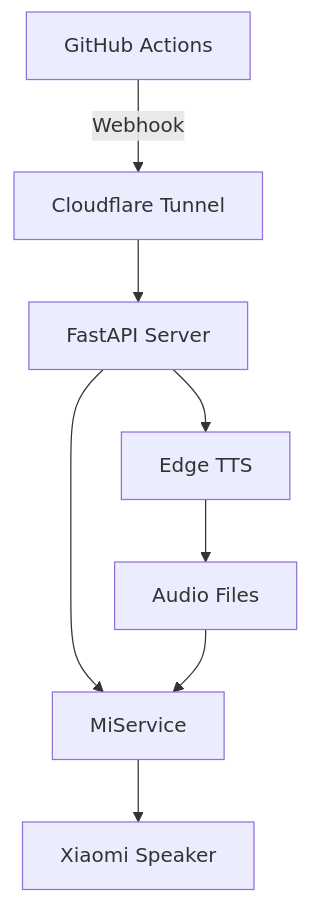
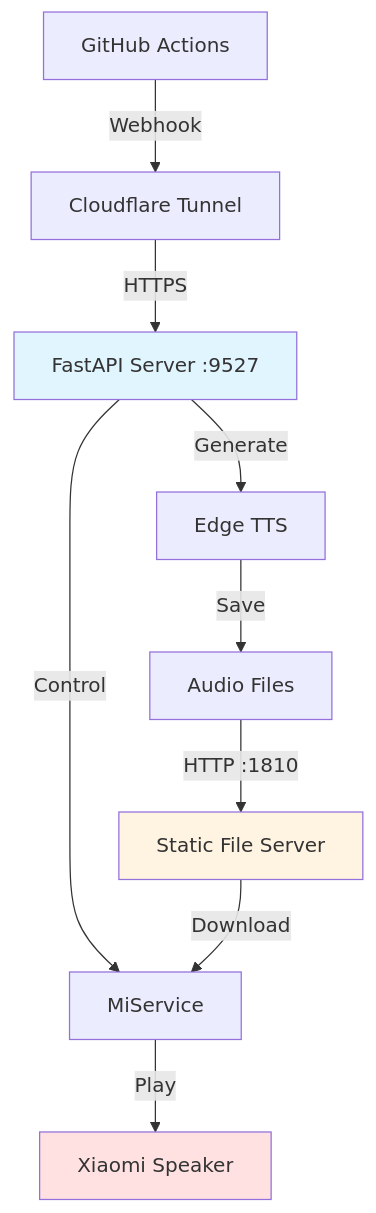
One commit to palemoky/xiaomi-speaker changed the diagram in README.md. Above: the diagram before and after it, drawn with Mermaid. The commit also changed other lines of this file, not shown here.

````diff
--- a/README.md
+++ b/README.md
@@ -10,10 +10,15 @@
 ```mermaid
 graph TD
     A[GitHub Actions] -->|Webhook| B[Cloudflare Tunnel]
-    B --> C[FastAPI Server]
-    C --> D[Edge TTS]
-    D --> E[Audio Files]
-    C --> F[MiService]
-    E --> F
-    F --> G[Xiaomi Speaker]
+    B -->|HTTPS| C[FastAPI Server :9527]
+    C -->|Generate| D[Edge TTS]
+    D -->|Save| E[Audio Files]
+    C -->|Control| F[MiService]
+    E -->|HTTP :1810| G[Static File Server]
+    G -->|Download| F
+    F -->|Play| H[Xiaomi Speaker]
+    
+    style C fill:#e1f5ff
+    style G fill:#fff4e1
+    style H fill:#ffe1e1
 ```
````
